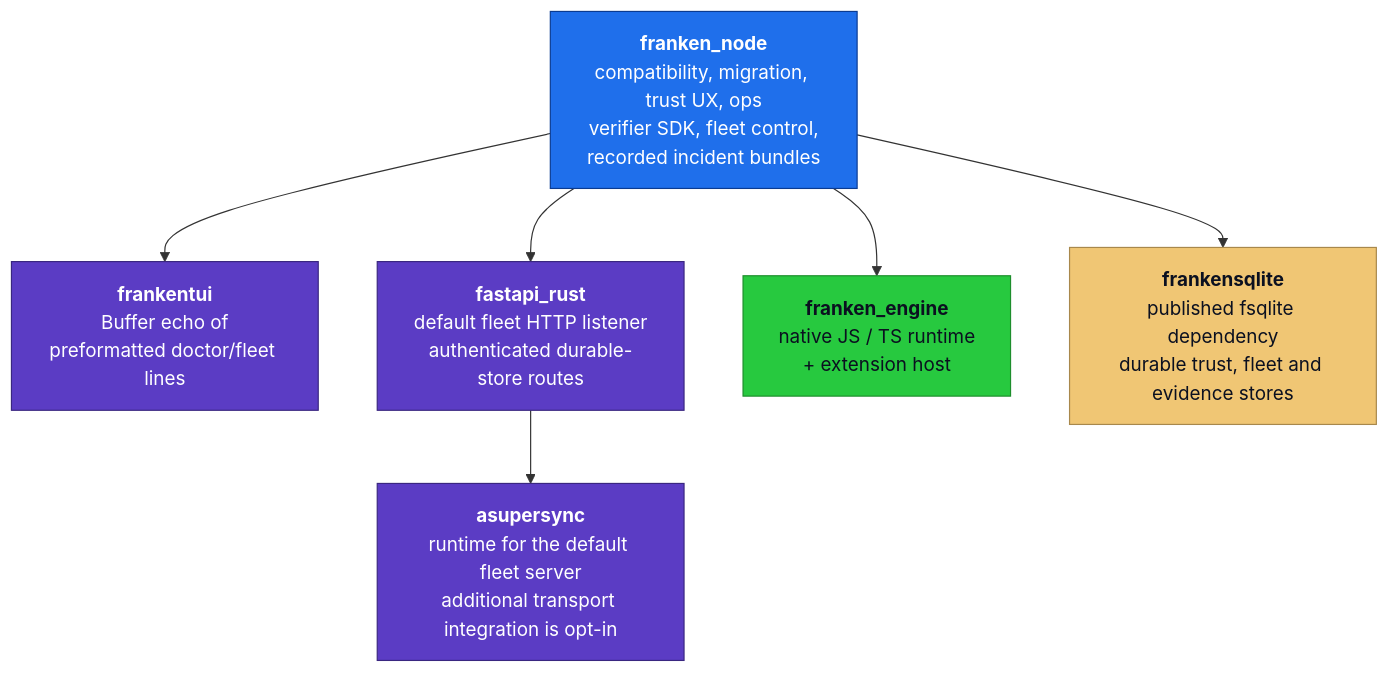
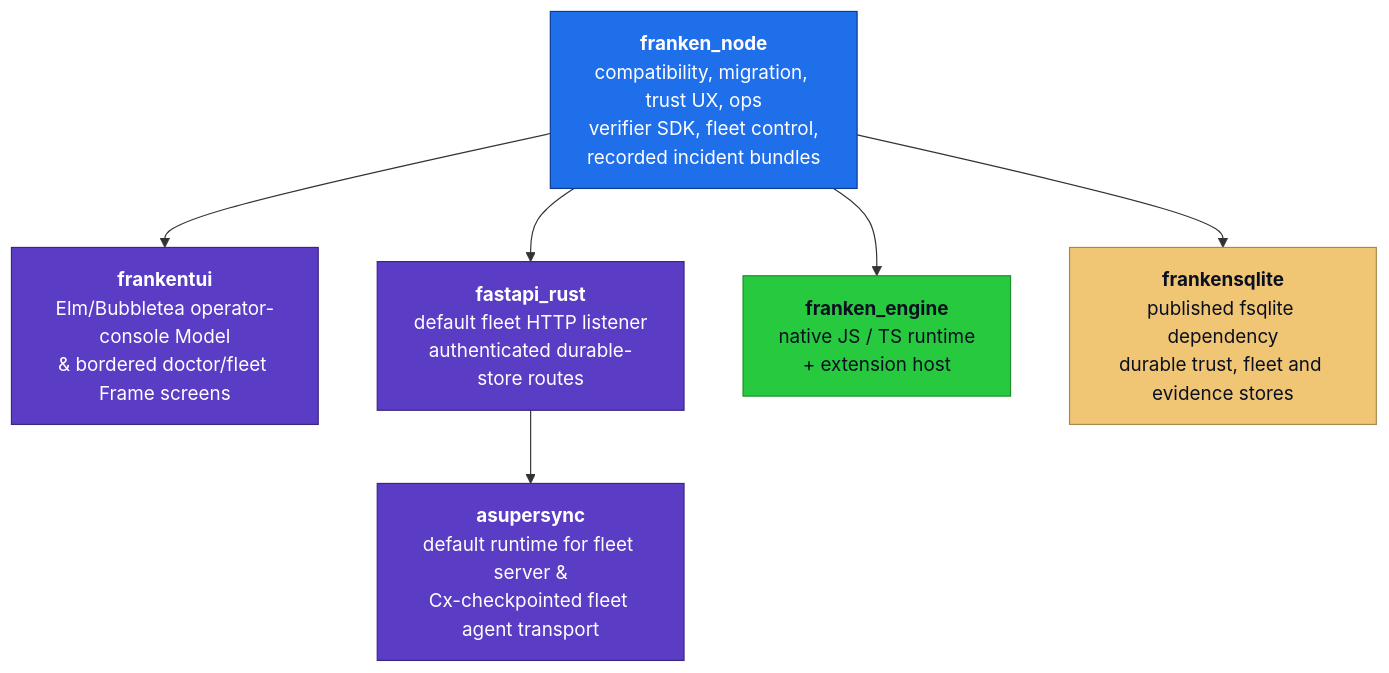
Before and after one commit to Dicklesworthstone/franken_node: the first of 4 diagrams in README.md, drawn with Mermaid. The commit also changed other lines of this file and 12 other files, not shown here.

````diff
--- a/README.md
+++ b/README.md
@@ -1862,24 +1894,24 @@
 ```mermaid
 flowchart TB
     fn["<b>franken_node</b><br/>compatibility, migration, trust UX, ops<br/>verifier SDK, fleet control,<br/>recorded incident bundles"]
-    asu["<b>asupersync</b><br/>runtime for the default fleet server<br/>additional transport integration is opt-in"]
-    ftui["<b>frankentui</b><br/>Buffer echo of<br/>preformatted doctor/fleet lines"]
+    asu["<b>asupersync</b><br/>default runtime for fleet server &amp;<br/>Cx-checkpointed fleet agent transport"]
+    ftui["<b>frankentui</b><br/>Elm/Bubbletea operator-console Model<br/>&amp; bordered doctor/fleet Frame screens"]
     fapi["<b>fastapi_rust</b><br/>default fleet HTTP listener<br/>authenticated durable-store routes"]
     feng["<b>franken_engine</b><br/>native JS / TS runtime<br/>+ extension host"]
     fsql["<b>frankensqlite</b><br/>published fsqlite dependency<br/>durable trust, fleet and evidence stores"]
 
     fn --> ftui
     fn --> fapi
     fn --> feng
     fn --> fsql
     fapi --> asu
 
     classDef product fill:#1f6feb,color:#fff,stroke:#0a3b91,stroke-width:1px;
     classDef plane fill:#5b3cc4,color:#fff,stroke:#3a2780,stroke-width:1px;
     classDef substrate fill:#27c93f,color:#0b1020,stroke:#1d8e2c,stroke-width:1px;
     classDef store fill:#f0c674,color:#0b1020,stroke:#a8884c,stroke-width:1px;
     class fn product;
     class asu,ftui,fapi plane;
     class feng substrate;
     class fsql store;
 ```
````
